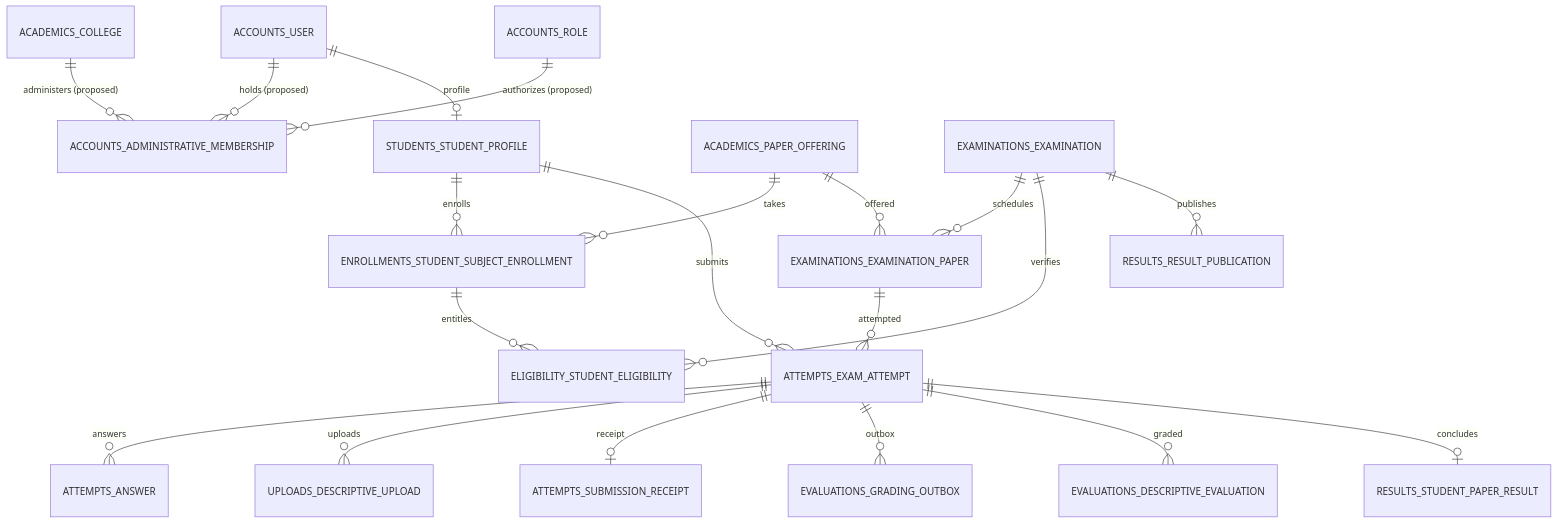
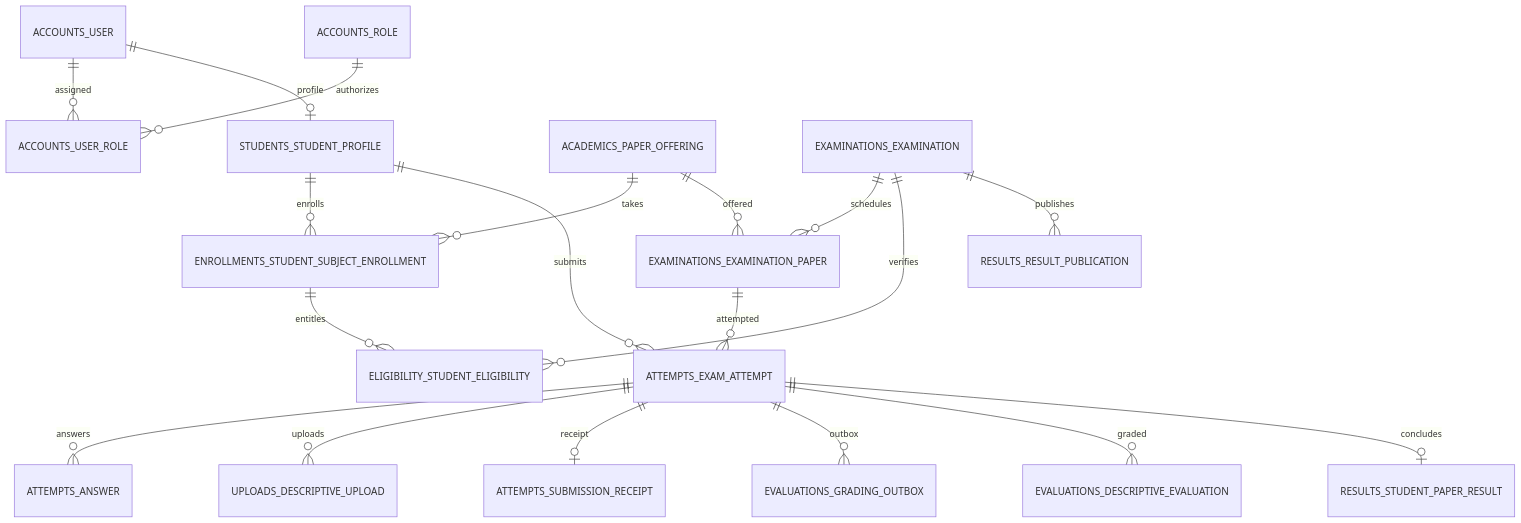
Before and after one commit to USER-00001-IND/college-online-examination-system: the seventh of 7 diagrams in docs/database-architecture.md, drawn with Mermaid. The commit also changed other lines of this file and 3 other files, not shown here.

````diff
--- a/docs/database-architecture.md
+++ b/docs/database-architecture.md
@@ -1986,28 +1987,27 @@
 ```mermaid
 erDiagram
-    ACCOUNTS_USER ||--o{ ACCOUNTS_ADMINISTRATIVE_MEMBERSHIP : "holds (proposed)"
-    ACADEMICS_COLLEGE ||--o{ ACCOUNTS_ADMINISTRATIVE_MEMBERSHIP : "administers (proposed)"
-    ACCOUNTS_ROLE ||--o{ ACCOUNTS_ADMINISTRATIVE_MEMBERSHIP : "authorizes (proposed)"
+    ACCOUNTS_USER ||--o{ ACCOUNTS_USER_ROLE : "assigned"
+    ACCOUNTS_ROLE ||--o{ ACCOUNTS_USER_ROLE : "authorizes"
 
     ACCOUNTS_USER ||--o| STUDENTS_STUDENT_PROFILE : "profile"
     STUDENTS_STUDENT_PROFILE ||--o{ ENROLLMENTS_STUDENT_SUBJECT_ENROLLMENT : "enrolls"
     ACADEMICS_PAPER_OFFERING ||--o{ ENROLLMENTS_STUDENT_SUBJECT_ENROLLMENT : "takes"
     
     EXAMINATIONS_EXAMINATION ||--o{ EXAMINATIONS_EXAMINATION_PAPER : "schedules"
     ACADEMICS_PAPER_OFFERING ||--o{ EXAMINATIONS_EXAMINATION_PAPER : "offered"
     
     ENROLLMENTS_STUDENT_SUBJECT_ENROLLMENT ||--o{ ELIGIBILITY_STUDENT_ELIGIBILITY : "entitles"
     EXAMINATIONS_EXAMINATION ||--o{ ELIGIBILITY_STUDENT_ELIGIBILITY : "verifies"
     
     EXAMINATIONS_EXAMINATION_PAPER ||--o{ ATTEMPTS_EXAM_ATTEMPT : "attempted"
     STUDENTS_STUDENT_PROFILE ||--o{ ATTEMPTS_EXAM_ATTEMPT : "submits"
     
     ATTEMPTS_EXAM_ATTEMPT ||--o{ ATTEMPTS_ANSWER : "answers"
     ATTEMPTS_EXAM_ATTEMPT ||--o{ UPLOADS_DESCRIPTIVE_UPLOAD : "uploads"
     ATTEMPTS_EXAM_ATTEMPT ||--o| ATTEMPTS_SUBMISSION_RECEIPT : "receipt"
     ATTEMPTS_EXAM_ATTEMPT ||--o{ EVALUATIONS_GRADING_OUTBOX : "outbox"
     
     ATTEMPTS_EXAM_ATTEMPT ||--o{ EVALUATIONS_DESCRIPTIVE_EVALUATION : "graded"
     ATTEMPTS_EXAM_ATTEMPT ||--o| RESULTS_STUDENT_PAPER_RESULT : "concludes"
     EXAMINATIONS_EXAMINATION ||--o{ RESULTS_RESULT_PUBLICATION : "publishes"
 ```
````
